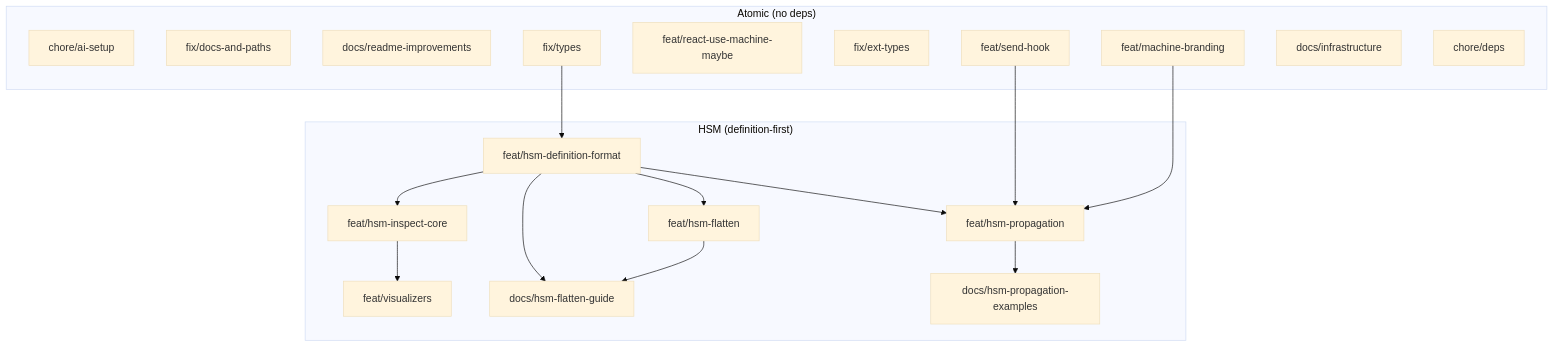
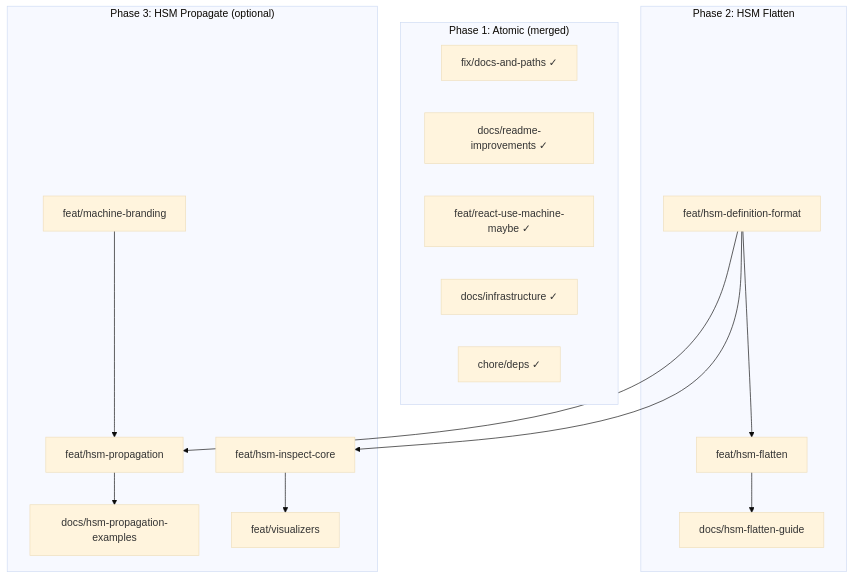
One commit to WinstonFassett/matchina changed the diagram in review/branch-plan.md. Above: the diagram before and after it, drawn with Mermaid (base theme). The commit also changed other lines of this file and 22 other files, not shown here.

````diff
--- a/review/branch-plan.md
+++ b/review/branch-plan.md
@@ -242,36 +242,32 @@
 ```mermaid
 graph TD
-    subgraph "Atomic (no deps)"
-        A1[chore/ai-setup]
-        A2[fix/docs-and-paths]
-        A3[docs/readme-improvements]
-        A4[fix/types]
-        A5[feat/react-use-machine-maybe]
-        A6[fix/ext-types]
-        A7[feat/send-hook]
-        A8[feat/machine-branding]
-        A9[docs/infrastructure]
-        A10[chore/deps]
+    subgraph "Phase 1: Atomic (merged)"
+        A2[fix/docs-and-paths ✓]
+        A3[docs/readme-improvements ✓]
+        A5[feat/react-use-machine-maybe ✓]
+        A9[docs/infrastructure ✓]
+        A10[chore/deps ✓]
     end
 
-    subgraph "HSM (definition-first)"
+    subgraph "Phase 2: HSM Flatten"
         B1[feat/hsm-definition-format]
         B2[feat/hsm-flatten]
+        B5[docs/hsm-flatten-guide]
+    end
+
+    subgraph "Phase 3: HSM Propagate (optional)"
+        A8[feat/machine-branding]
         B3[feat/hsm-inspect-core]
         B4[feat/visualizers]
-        B5[docs/hsm-flatten-guide]
         B6[feat/hsm-propagation]
         B7[docs/hsm-propagation-examples]
     end
 
-    A4 --> B1
     B1 --> B2
+    B2 --> B5
     B1 --> B3
     B3 --> B4
-    B1 --> B5
-    B2 --> B5
+    A8 --> B6
     B1 --> B6
-    A7 --> B6
-    A8 --> B6
     B6 --> B7
 ```
````
